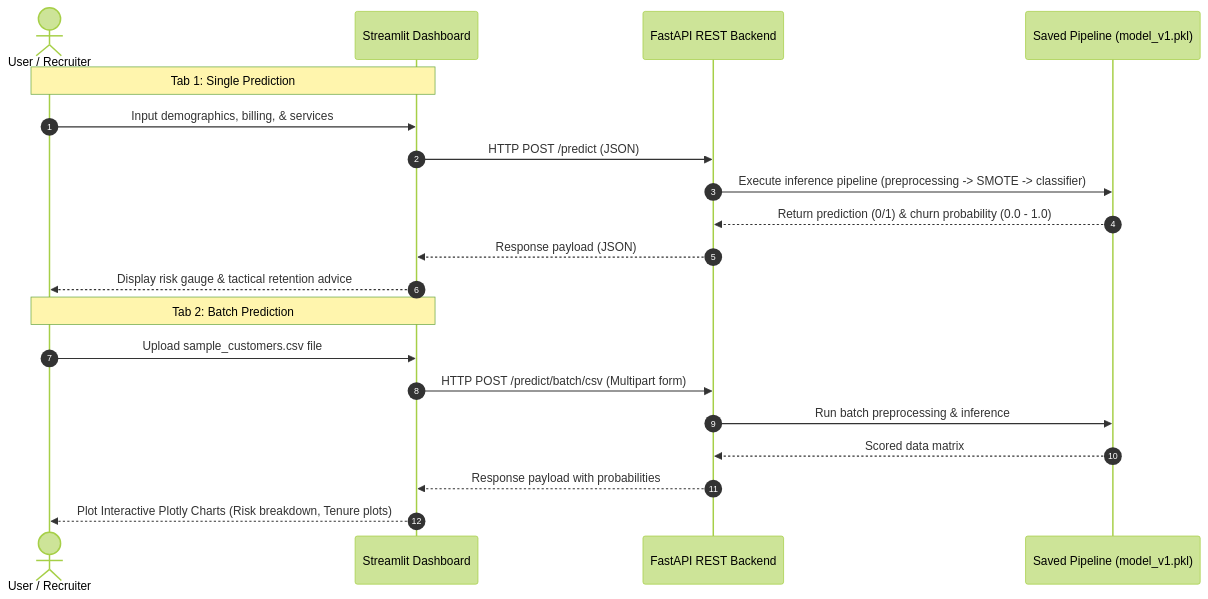
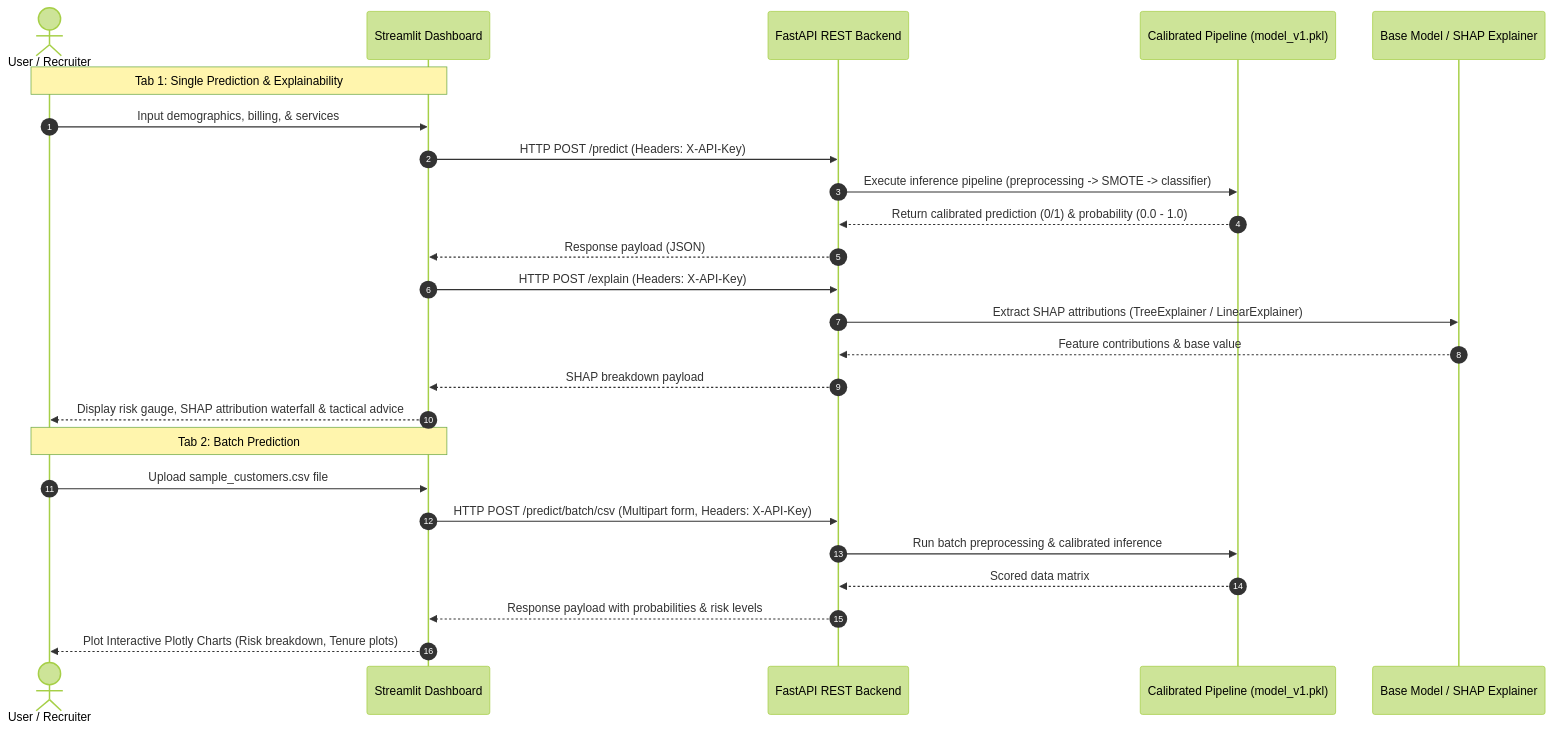
One commit to Abhishek01112002/customer-churn-prediction changed the diagram in README.md. Above: the diagram before and after it, drawn with Mermaid (forest theme). The commit also changed other lines of this file, not shown here.

Commit message:
docs: comprehensive update covering Optuna tuning, SHAP explainability, probability calibration, API auth & CORS

````diff
--- a/README.md
+++ b/README.md
@@ -38,24 +40,29 @@
 ```mermaid
 sequenceDiagram
     autonumber
     actor Recruiter as User / Recruiter
     participant UI as Streamlit Dashboard
     participant API as FastAPI REST Backend
-    participant Model as Saved Pipeline (model_v1.pkl)
+    participant Model as Calibrated Pipeline (model_v1.pkl)
+    participant Base as Base Model / SHAP Explainer
     
-    Note over Recruiter, UI: Tab 1: Single Prediction
+    Note over Recruiter, UI: Tab 1: Single Prediction & Explainability
     Recruiter->>UI: Input demographics, billing, & services
-    UI->>API: HTTP POST /predict (JSON)
+    UI->>API: HTTP POST /predict (Headers: X-API-Key)
     API->>Model: Execute inference pipeline (preprocessing -> SMOTE -> classifier)
-    Model-->>API: Return prediction (0/1) & churn probability (0.0 - 1.0)
+    Model-->>API: Return calibrated prediction (0/1) & probability (0.0 - 1.0)
     API-->>UI: Response payload (JSON)
-    UI-->>Recruiter: Display risk gauge & tactical retention advice
+    UI->>API: HTTP POST /explain (Headers: X-API-Key)
+    API->>Base: Extract SHAP attributions (TreeExplainer / LinearExplainer)
+    Base-->>API: Feature contributions & base value
+    API-->>UI: SHAP breakdown payload
+    UI-->>Recruiter: Display risk gauge, SHAP attribution waterfall & tactical advice
     
     Note over Recruiter, UI: Tab 2: Batch Prediction
     Recruiter->>UI: Upload sample_customers.csv file
-    UI->>API: HTTP POST /predict/batch/csv (Multipart form)
-    API->>Model: Run batch preprocessing & inference
+    UI->>API: HTTP POST /predict/batch/csv (Multipart form, Headers: X-API-Key)
+    API->>Model: Run batch preprocessing & calibrated inference
     Model-->>API: Scored data matrix
-    API-->>UI: Response payload with probabilities
+    API-->>UI: Response payload with probabilities & risk levels
     UI-->>Recruiter: Plot Interactive Plotly Charts (Risk breakdown, Tenure plots)
 ```
````
